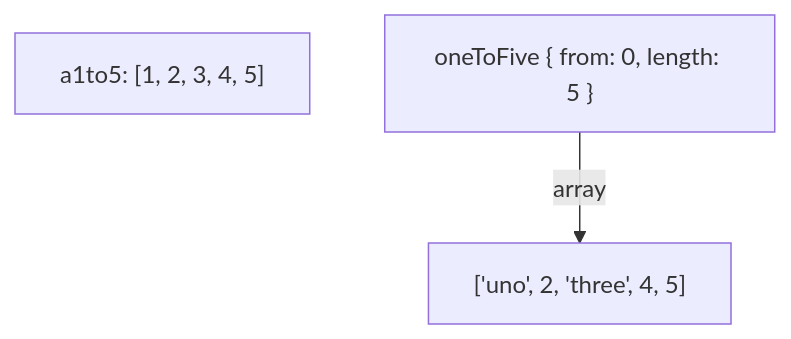
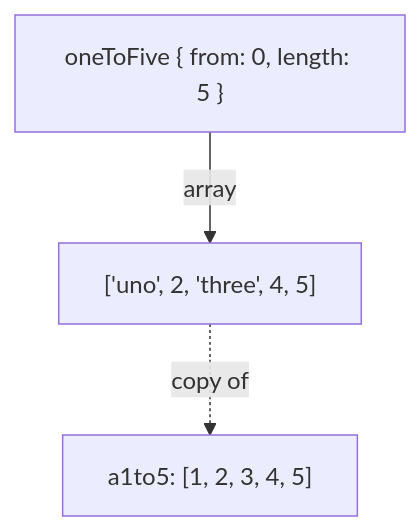
The sixth of 6 diagrams in _posts/2019-01-14-structural-sharing-and-copy-on-write.md (raganwald/raganwald.github.com), drawn with Mermaid before and after one commit.

```diff
--- a/_posts/2019-01-14-structural-sharing-and-copy-on-write.md
+++ b/_posts/2019-01-14-structural-sharing-and-copy-on-write.md
@@ -676,5 +676,6 @@
 <div class="mermaid">
   graph TD
     a["a1to5: [1, 2, 3, 4, 5]"]
     c["oneToFive { from: 0, length: 5 }"]-- array -->b["['uno', 2, 'three', 4, 5]"];
+    b-. copy of .->a
 </div>
```
